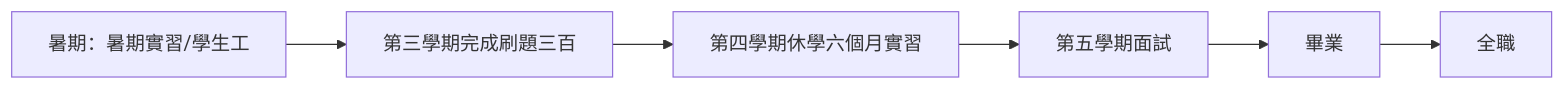
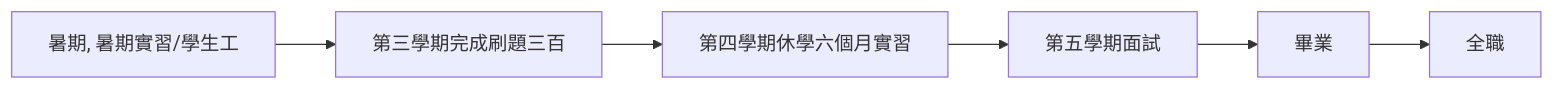
The diagram in README.md (kuangyu0801/kuangyu0801.github.io), drawn with Mermaid before and after one commit. The commit also changed other lines of this file, not shown here.

````diff
--- a/README.md
+++ b/README.md
@@ -55,8 +55,8 @@
 ```mermaid
 graph LR
-A[暑期：暑期實習/學生工] --> B[第三學期完成刷題三百]
+A[暑期, 暑期實習/學生工] --> B[第三學期完成刷題三百]
 B --> C[第四學期休學六個月實習]
 C --> D[第五學期面試]
 D --> E[畢業]
 E --> F[全職]
 ```
````
